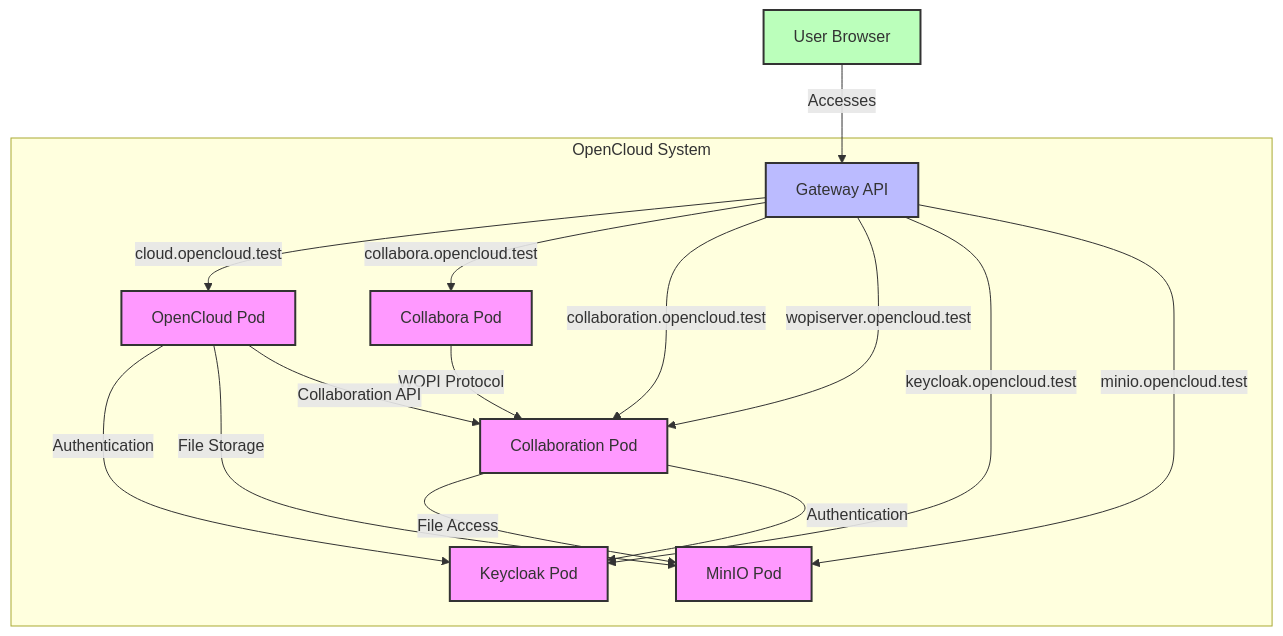
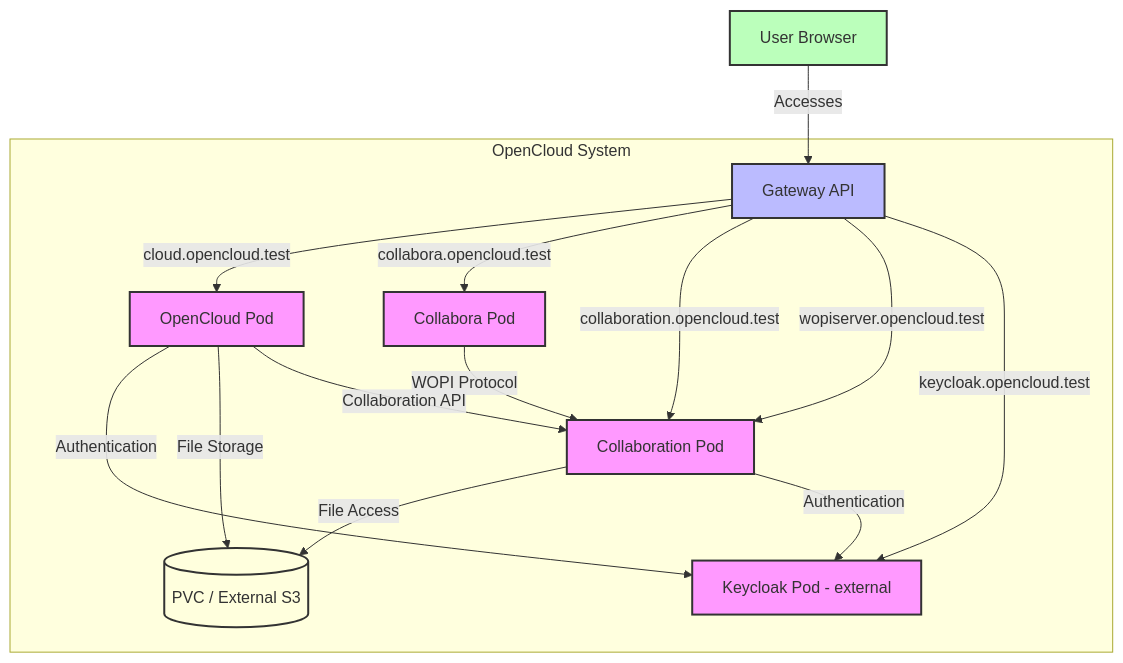
One commit to Tim-herbie/opencloud-helm changed the diagram in charts/opencloud/README.md. Above: the diagram before and after it, drawn with Mermaid. The commit also changed other lines of this file and 14 other files, not shown here.

````diff
--- a/charts/opencloud/README.md
+++ b/charts/opencloud/README.md
@@ -141,33 +140,32 @@
 ```mermaid
 graph TD
     User[User Browser] -->|Accesses| Gateway[Gateway API]
     
     subgraph "OpenCloud System"
         Gateway -->|cloud.opencloud.test| OpenCloud[OpenCloud Pod]
         Gateway -->|collabora.opencloud.test| Collabora[Collabora Pod]
         Gateway -->|collaboration.opencloud.test| Collaboration[Collaboration Pod]
         Gateway -->|wopiserver.opencloud.test| Collaboration
-        Gateway -->|keycloak.opencloud.test| Keycloak[Keycloak Pod]
-        Gateway -->|minio.opencloud.test| MinIO[MinIO Pod]
+        Gateway -->|keycloak.opencloud.test| Keycloak[Keycloak Pod - external]
         
         OpenCloud -->|Authentication| Keycloak
-        OpenCloud -->|File Storage| MinIO
+        OpenCloud -->|File Storage| Storage[(PVC / External S3)]
         
         Collabora -->|WOPI Protocol| Collaboration
-        Collaboration -->|File Access| MinIO
+        Collaboration -->|File Access| Storage
         
         Collaboration -->|Authentication| Keycloak
         
         OpenCloud -->|Collaboration API| Collaboration
     end
     
     classDef pod fill:#f9f,stroke:#333,stroke-width:2px;
     classDef gateway fill:#bbf,stroke:#333,stroke-width:2px;
     classDef user fill:#bfb,stroke:#333,stroke-width:2px;
-    classDef db fill:#dfd,stroke:#333,stroke-width:2px;
+    classDef storage fill:#ffd,stroke:#333,stroke-width:2px;
     
-    class OpenCloud,Collabora,Collaboration,Keycloak,MinIO pod;
-    class PostgreSQL,Redis db;
+    class OpenCloud,Collabora,Collaboration,Keycloak pod;
+    class Storage storage;
     class Gateway gateway;
     class User user;
 ```
````
